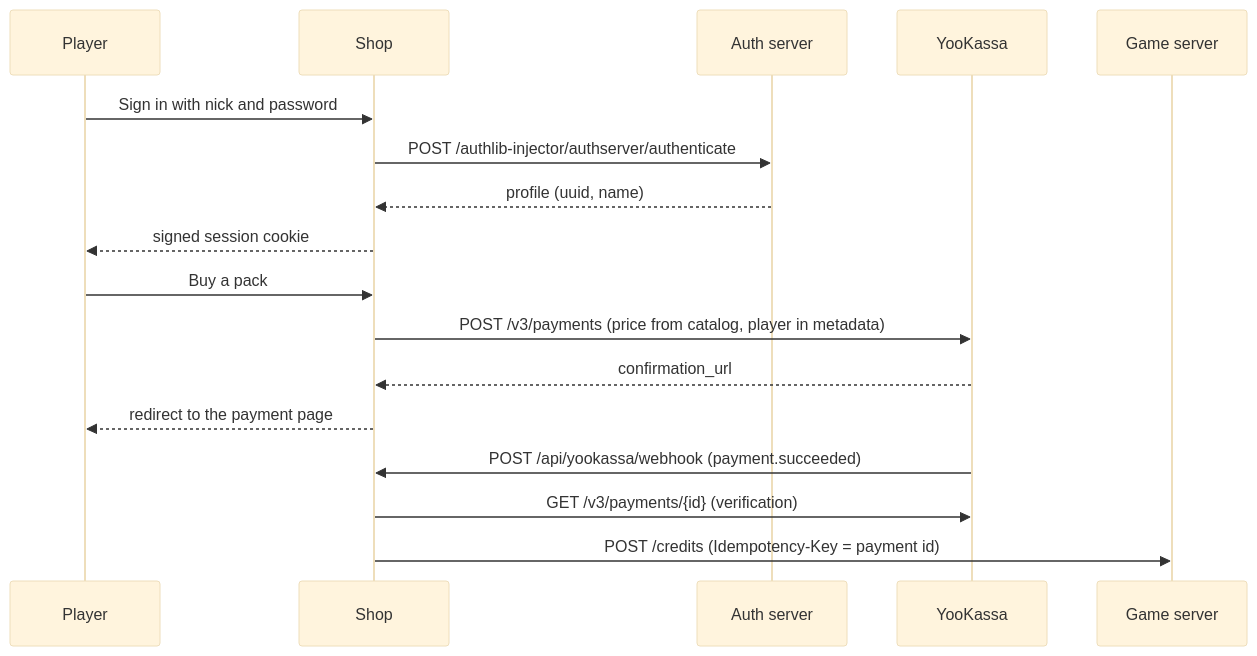
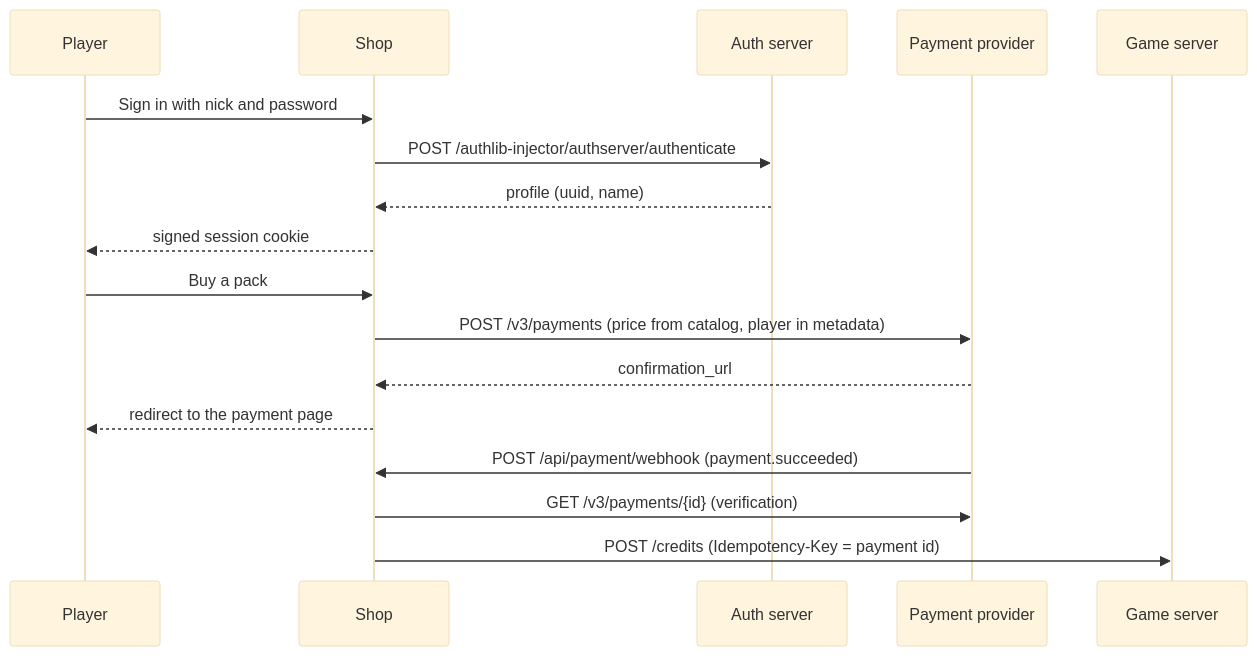
The diagram in README.md (BuildTage-Minecraft-server/cbo-shop), drawn with Mermaid (base theme) before and after one commit. The commit also changed other lines of this file and 14 other files, not shown here.

Commit message:
refactor: make payment provider integration provider-agnostic

````diff
--- a/README.md
+++ b/README.md
@@ -60,19 +60,19 @@
 ```mermaid
 sequenceDiagram
     participant P as Player
     participant S as Shop
     participant D as Auth server
-    participant Y as YooKassa
+    participant Y as Payment provider
     participant G as Game server
     P->>S: Sign in with nick and password
     S->>D: POST /authlib-injector/authserver/authenticate
     D-->>S: profile (uuid, name)
     S-->>P: signed session cookie
     P->>S: Buy a pack
     S->>Y: POST /v3/payments (price from catalog, player in metadata)
     Y-->>S: confirmation_url
     S-->>P: redirect to the payment page
-    Y->>S: POST /api/yookassa/webhook (payment.succeeded)
+    Y->>S: POST /api/payment/webhook (payment.succeeded)
     S->>Y: GET /v3/payments/{id} (verification)
     S->>G: POST /credits (Idempotency-Key = payment id)
 ```
````
